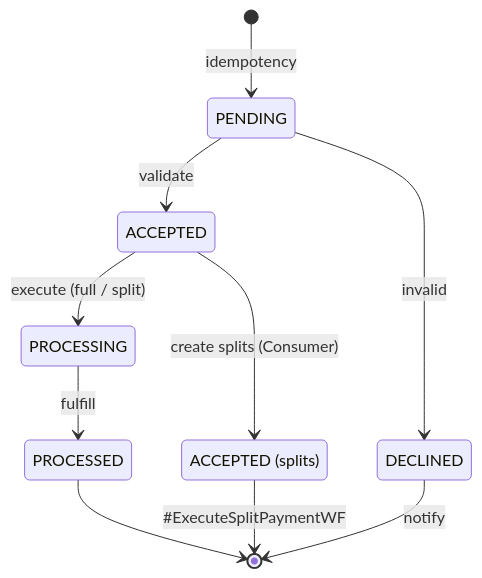
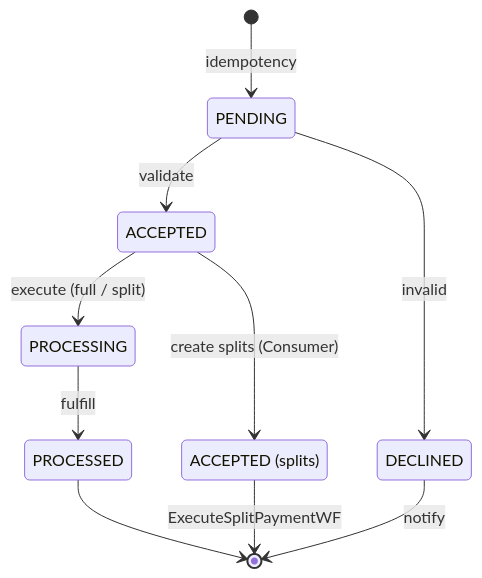
Before and after one commit to arunav-bhattacharya/billpay-book: the first of 12 diagrams in website/docs/design/diagrams/state-diagram.md, drawn with Mermaid. The commit also changed other lines of this file and 21 other files, not shown here.

````diff
--- a/website/docs/design/diagrams/state-diagram.md
+++ b/website/docs/design/diagrams/state-diagram.md
@@ -14,13 +14,13 @@
 ```mermaid
 stateDiagram-v2
   [*] --> PENDING: idempotency
   PENDING --> ACCEPTED: validate
   PENDING --> DECLINED: invalid
   ACCEPTED --> PROCESSING: execute (full / split)
   PROCESSING --> PROCESSED: fulfill
   state "ACCEPTED (splits)" as ACCEPTED_SPLITS
   ACCEPTED --> ACCEPTED_SPLITS: create splits (Consumer)
-  ACCEPTED_SPLITS --> [*]: #ExecuteSplitPaymentWF
+  ACCEPTED_SPLITS --> [*]: ExecuteSplitPaymentWF
   DECLINED --> [*]: notify
   PROCESSED --> [*]
 ```
````
